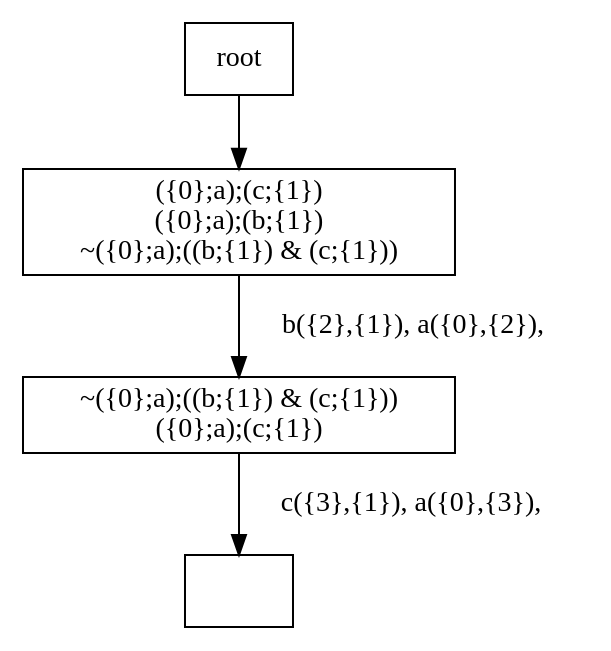
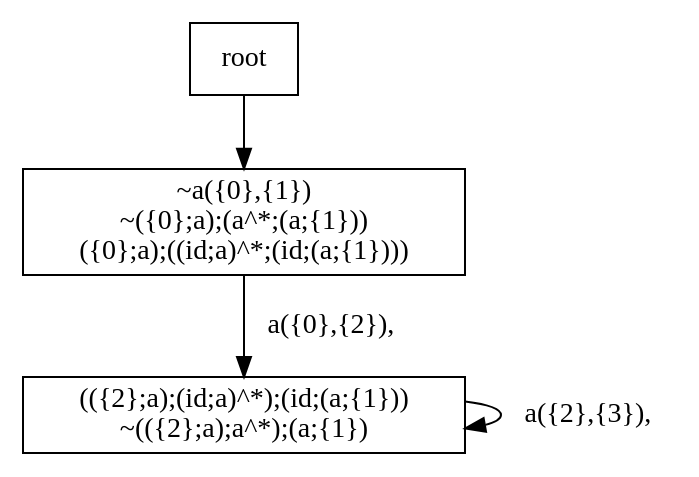
Before and after one commit to jangreen/rat: the diagram in output/regular.dot, drawn with Graphviz. The commit also changed 22 other files, not shown here.

```diff
--- a/output/regular.dot
+++ b/output/regular.dot
@@ -1,16 +1,15 @@
 digraph {
 node[shape="box"]
-N0x158f05080[label="({0};a);(c;{1})
-({0};a);(b;{1})
-~({0};a);((b;{1}) & (c;{1}))
+N0x12f622350[label="~a({0},{1})
+~({0};a);(a^*;(a;{1}))
+({0};a);((id;a)^*;(id;(a;{1})))
 "];
-N0x158f05080 -> N0x158f09a80[label="b({2},{1}), a({0},{2}), 
+N0x12f622350 -> N0x12f70ff40[label="a({0},{2}), 
 "];
-N0x158f09a80[label="~({0};a);((b;{1}) & (c;{1}))
-({0};a);(c;{1})
+N0x12f70ff40[label="(({2};a);(id;a)^*);(id;(a;{1}))
+~(({2};a);a^*);(a;{1})
 "];
-N0x158f09a80 -> N0x158f07400[label="c({3},{1}), a({0},{3}), 
+N0x12f70ff40 -> N0x12f70ff40[label="a({2},{3}), 
 "];
-N0x158f07400[label=""];
-root -> N0x158f05080;
+root -> N0x12f622350;
 }
```
